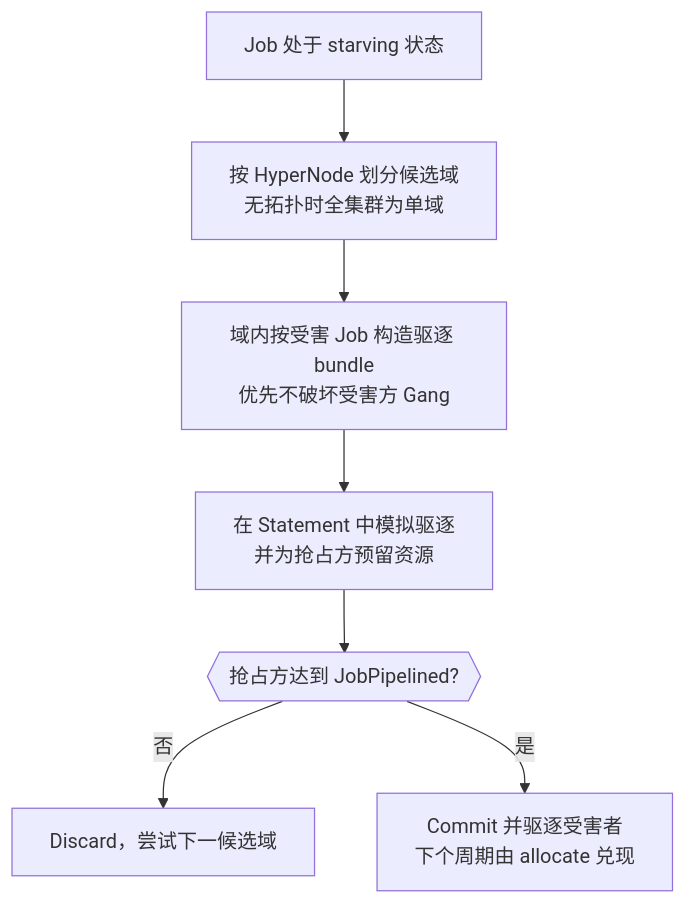
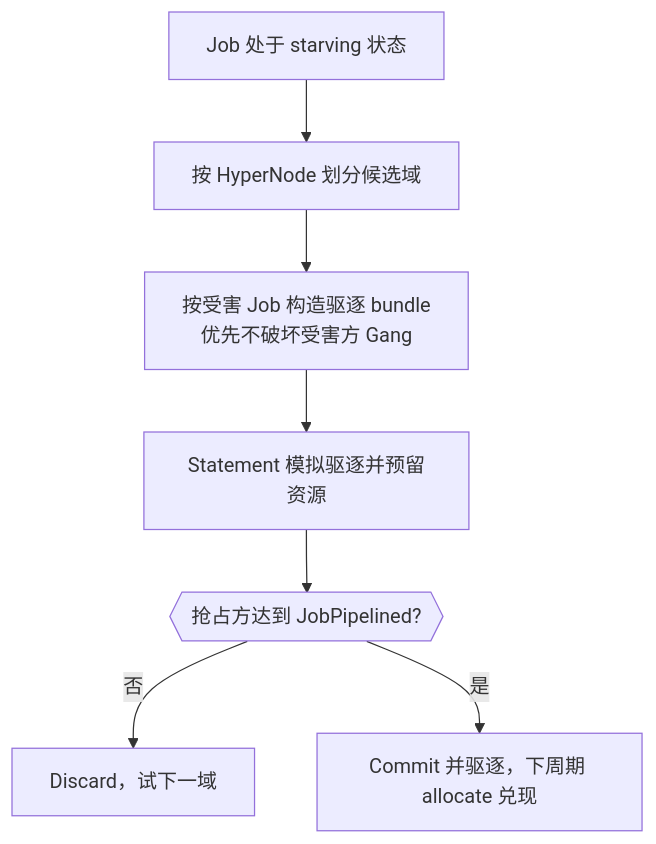
One commit to JesseStutler/volcano changed the ninth of 11 diagrams in docs/research/k8s-workload-aware-scheduling-vs-volcano-cn.md. Above: the diagram before and after it, drawn with Mermaid. The commit also changed other lines of this file and 1 other file, not shown here.

First line of the commit message:
docs: tighten report for sharing and add single-Pod vs PodGroup flow

````diff
--- a/docs/research/k8s-workload-aware-scheduling-vs-volcano-cn.md
+++ b/docs/research/k8s-workload-aware-scheduling-vs-volcano-cn.md
@@ -416,9 +328,9 @@
 ```mermaid
 flowchart TD
-    A["Job 处于 starving 状态"] --> B["按 HyperNode 划分候选域<br/>无拓扑时全集群为单域"]
-    B --> C["域内按受害 Job 构造驱逐 bundle<br/>优先不破坏受害方 Gang"]
-    C --> D["在 Statement 中模拟驱逐<br/>并为抢占方预留资源"]
+    A["Job 处于 starving 状态"] --> B["按 HyperNode 划分候选域"]
+    B --> C["按受害 Job 构造驱逐 bundle<br/>优先不破坏受害方 Gang"]
+    C --> D["Statement 模拟驱逐并预留资源"]
     D --> E{{"抢占方达到 JobPipelined?"}}
-    E -- 否 --> F["Discard，尝试下一候选域"]
-    E -- 是 --> G["Commit 并驱逐受害者<br/>下个周期由 allocate 兑现"]
+    E -- 否 --> F["Discard，试下一域"]
+    E -- 是 --> G["Commit 并驱逐，下周期 allocate 兑现"]
 ```
````
